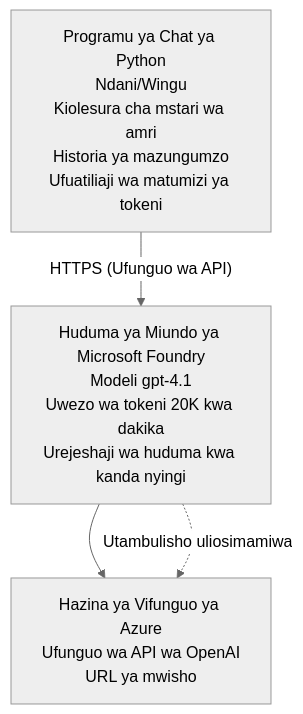
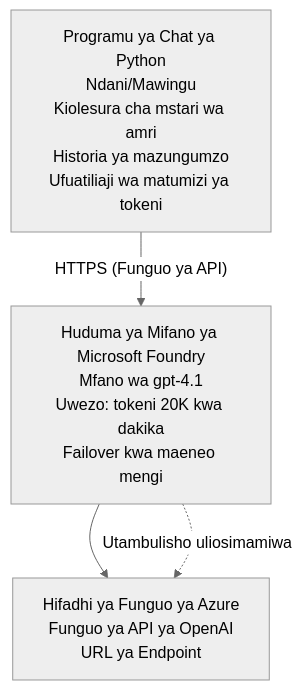
Before and after one commit to microsoft/AZD-for-beginners: the diagram in translations/sw/examples/azure-openai-chat/README.md, drawn with Mermaid (neutral theme). The commit also changed other lines of this file and 104 other files, not shown here.

````diff
--- a/translations/sw/examples/azure-openai-chat/README.md
+++ b/translations/sw/examples/azure-openai-chat/README.md
@@ -26,6 +26,6 @@
 ```mermaid
 graph TD
-    App[Programu ya Chat ya Python<br/>Ndani/Wingu<br/>Kiolesura cha mstari wa amri<br/>Historia ya mazungumzo<br/>Ufuatiliaji wa matumizi ya tokeni] -- "HTTPS (Ufunguo wa API)" --> Foundry[Huduma ya Miundo ya Microsoft Foundry<br/>Modeli gpt-4.1<br/>Uwezo wa tokeni 20K kwa dakika<br/>Urejeshaji wa huduma kwa kanda nyingi]
-    Foundry --> KV[Hazina ya Vifunguo ya Azure<br/>Ufunguo wa API wa OpenAI<br/>URL ya mwisho]
+    App[Programu ya Chat ya Python<br/>Ndani/Mawingu<br/>Kiolesura cha mstari wa amri<br/>Historia ya mazungumzo<br/>Ufuatiliaji wa matumizi ya tokeni] -- "HTTPS (Funguo ya API)" --> Foundry[Huduma ya Mifano ya Microsoft Foundry<br/>Mfano wa gpt-4.1<br/>Uwezo: tokeni 20K kwa dakika<br/>Failover kwa maeneo mengi]
+    Foundry --> KV[Hifadhi ya Funguo ya Azure<br/>Funguo ya API ya OpenAI<br/>URL ya Endpoint]
     Foundry -. Utambulisho uliosimamiwa .-> KV
 ```
````
